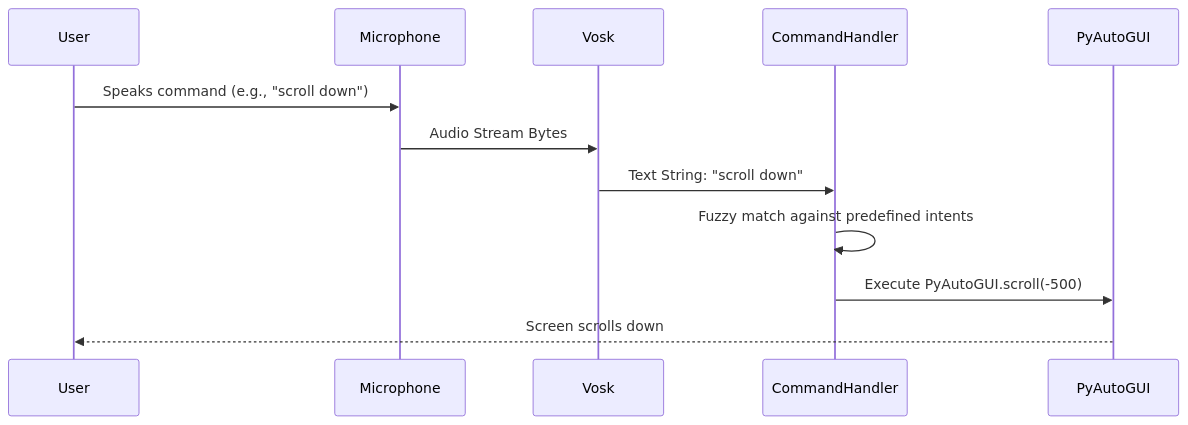
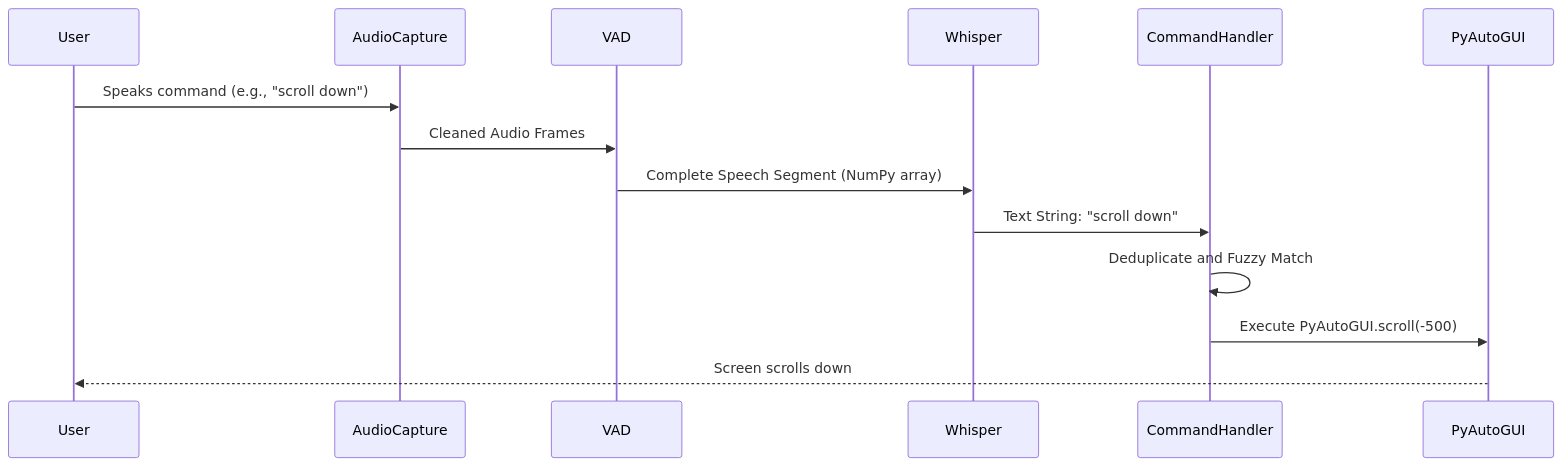
Before and after one commit to maj-afe/Group-7-s-Projects-Repository: the second of 2 diagrams in README.md, drawn with Mermaid. The commit also changed other lines of this file and 20 other files, not shown here.

Commit message:
feat: implement voice processing pipeline using WebRTC, Silero VAD, and Faster-Whisper

````diff
--- a/README.md
+++ b/README.md
@@ -89,15 +101,17 @@
 ```mermaid
 sequenceDiagram
     participant User
-    participant Microphone
-    participant Vosk
+    participant AudioCapture
+    participant VAD
+    participant Whisper
     participant CommandHandler
     participant PyAutoGUI
 
-    User->>Microphone: Speaks command (e.g., "scroll down")
-    Microphone->>Vosk: Audio Stream Bytes
-    Vosk->>CommandHandler: Text String: "scroll down"
-    CommandHandler->>CommandHandler: Fuzzy match against predefined intents
+    User->>AudioCapture: Speaks command (e.g., "scroll down")
+    AudioCapture->>VAD: Cleaned Audio Frames
+    VAD->>Whisper: Complete Speech Segment (NumPy array)
+    Whisper->>CommandHandler: Text String: "scroll down"
+    CommandHandler->>CommandHandler: Deduplicate and Fuzzy Match
     CommandHandler->>PyAutoGUI: Execute PyAutoGUI.scroll(-500)
     PyAutoGUI-->>User: Screen scrolls down
 ```
````
